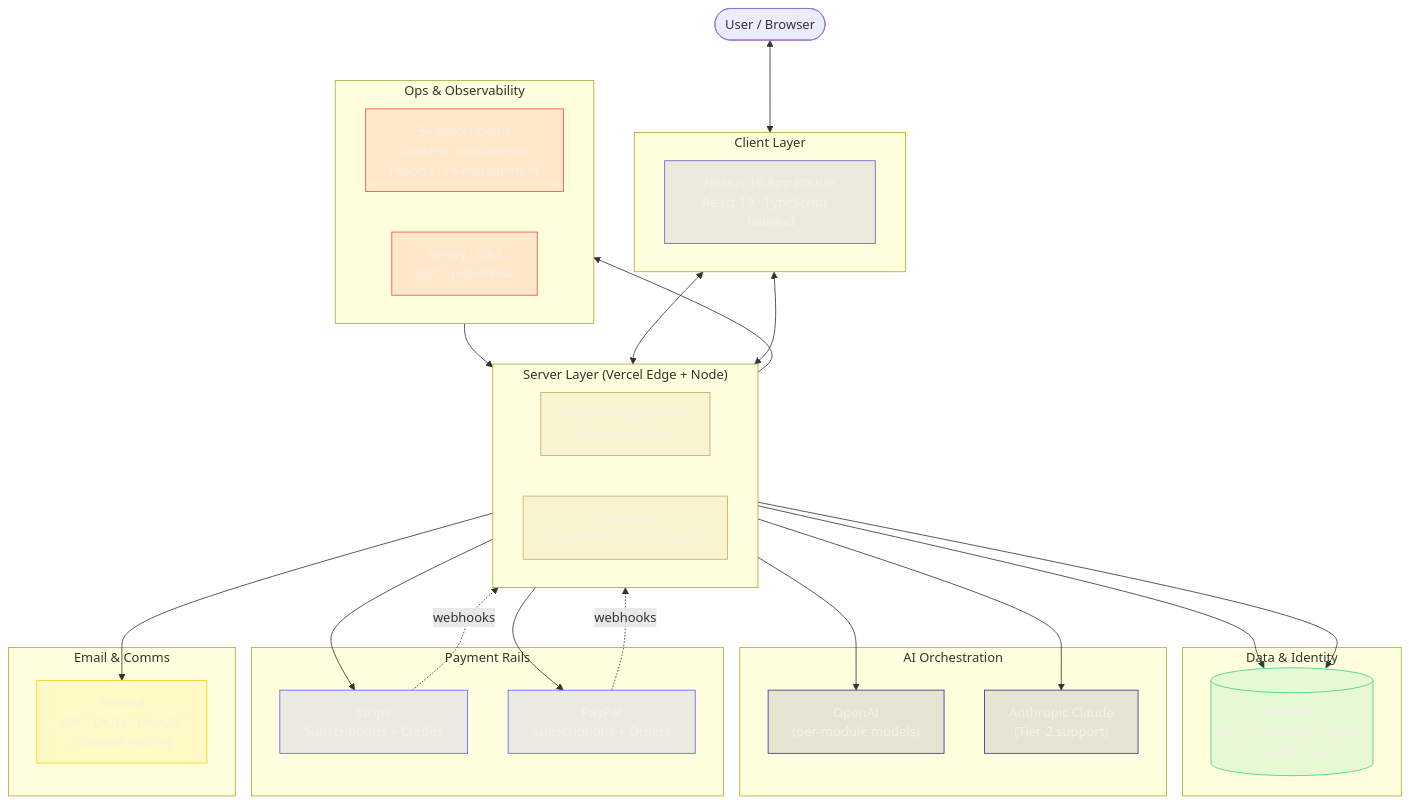
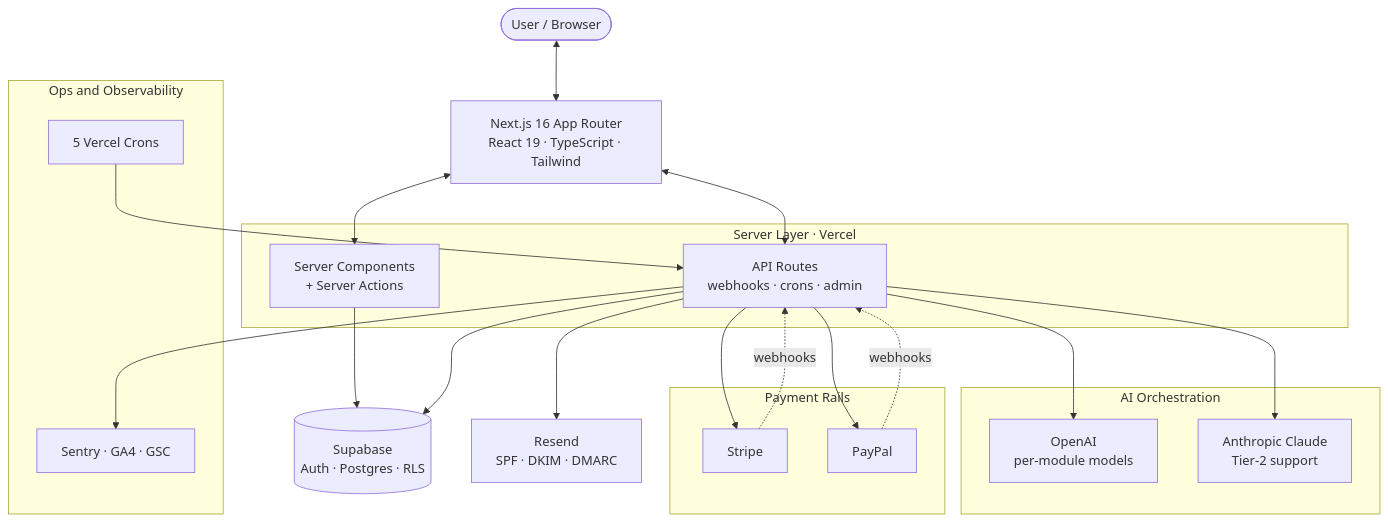
Before and after one commit to omkarjaliparthi/insights-by-omkar-case-study: the first of 2 diagrams in docs/02-architecture.md, drawn with Mermaid. The commit also changed other lines of this file and 5 other files, not shown here.

Commit message:
fix: simplify mermaid syntax for GitHub renderer compatibility — remove 8-digit hex, subgraph labels, parens in gantt names

````diff
--- a/docs/02-architecture.md
+++ b/docs/02-architecture.md
@@ -5,70 +5,44 @@
 ```mermaid
 flowchart TB
     User([User / Browser])
+    Next[Next.js 16 App Router<br>React 19 · TypeScript · Tailwind]
 
-    subgraph Client["Client Layer"]
-        direction LR
-        Next["Next.js 16 App Router<br/>React 19 · TypeScript · Tailwind"]
+    subgraph Server [Server Layer · Vercel]
+        RSC[Server Components<br>+ Server Actions]
+        API[API Routes<br>webhooks · crons · admin]
     end
 
-    subgraph Server["Server Layer (Vercel Edge + Node)"]
-        direction LR
-        RSC["Server Components<br/>+ Server Actions"]
-        API["API Routes<br/>(webhooks, crons, admin)"]
+    SB[(Supabase<br>Auth · Postgres · RLS)]
+
+    subgraph AI [AI Orchestration]
+        OAI[OpenAI<br>per-module models]
+        ANT[Anthropic Claude<br>Tier-2 support]
     end
 
-    subgraph Data["Data & Identity"]
-        SB[("Supabase<br/>Auth · Postgres · Storage<br/>Row-Level Security")]
+    subgraph Pay [Payment Rails]
+        ST[Stripe]
+        PP[PayPal]
     end
 
-    subgraph AI["AI Orchestration"]
-        OAI["OpenAI<br/>(per-module models)"]
-        ANT["Anthropic Claude<br/>(Tier-2 support)"]
-    end
+    RS[Resend<br>SPF · DKIM · DMARC]
 
-    subgraph Pay["Payment Rails"]
-        ST["Stripe<br/>Subscriptions + Credits"]
-        PP["PayPal<br/>Subscriptions + Orders"]
-    end
-
-    subgraph Comm["Email & Comms"]
-        RS["Resend<br/>SPF · DKIM · DMARC<br/>Inbound routing"]
-    end
-
-    subgraph Ops["Ops & Observability"]
-        direction LR
-        CRN["5× Vercel Crons<br/>content · intelligence<br/>reports · re-engagement"]
-        SEN["Sentry · GA4<br/>GSC · IndexNow"]
+    subgraph Ops [Ops and Observability]
+        CRN[5 Vercel Crons]
+        SEN[Sentry · GA4 · GSC]
     end
 
     User <--> Next
     Next <--> RSC
     Next <--> API
     RSC --> SB
     API --> SB
     API --> OAI
     API --> ANT
     API --> ST
     API --> PP
     API --> RS
     ST -. webhooks .-> API
     PP -. webhooks .-> API
     CRN --> API
     API --> SEN
-
-    classDef client fill:#6E56CF20,stroke:#6E56CF,color:#F5F0E6
-    classDef server fill:#C8A96920,stroke:#C8A969,color:#F5F0E6
-    classDef data fill:#3FCF8E20,stroke:#3FCF8E,color:#F5F0E6
-    classDef ai fill:#41299120,stroke:#412991,color:#F5F0E6
-    classDef pay fill:#635BFF20,stroke:#635BFF,color:#F5F0E6
-    classDef comm fill:#FFCB1F20,stroke:#FFCB1F,color:#F5F0E6
-    classDef ops fill:#FF444420,stroke:#FF4444,color:#F5F0E6
-
-    class Next client
-    class RSC,API server
-    class SB data
-    class OAI,ANT ai
-    class ST,PP pay
-    class RS comm
-    class CRN,SEN ops
 ```
````
